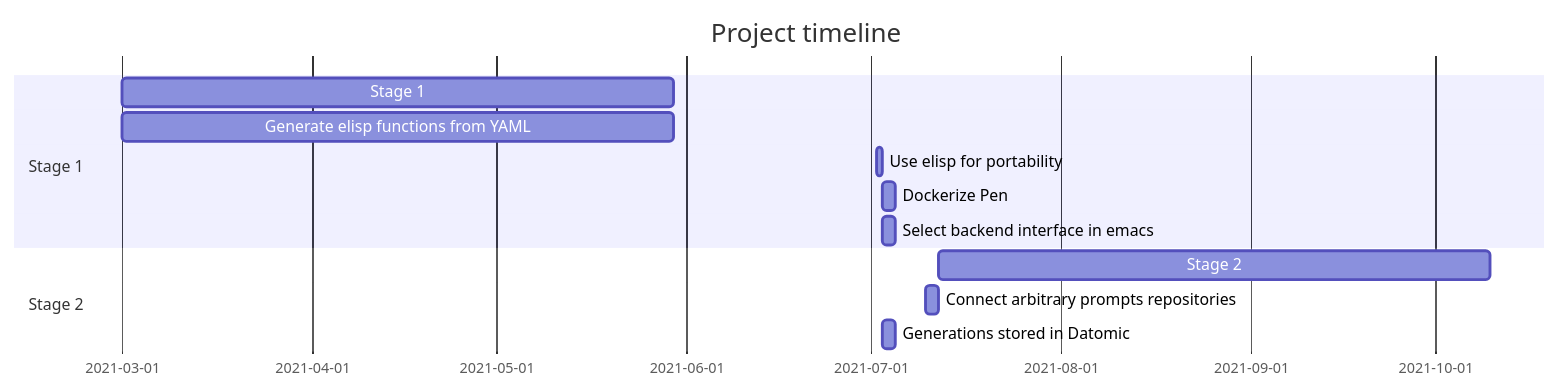
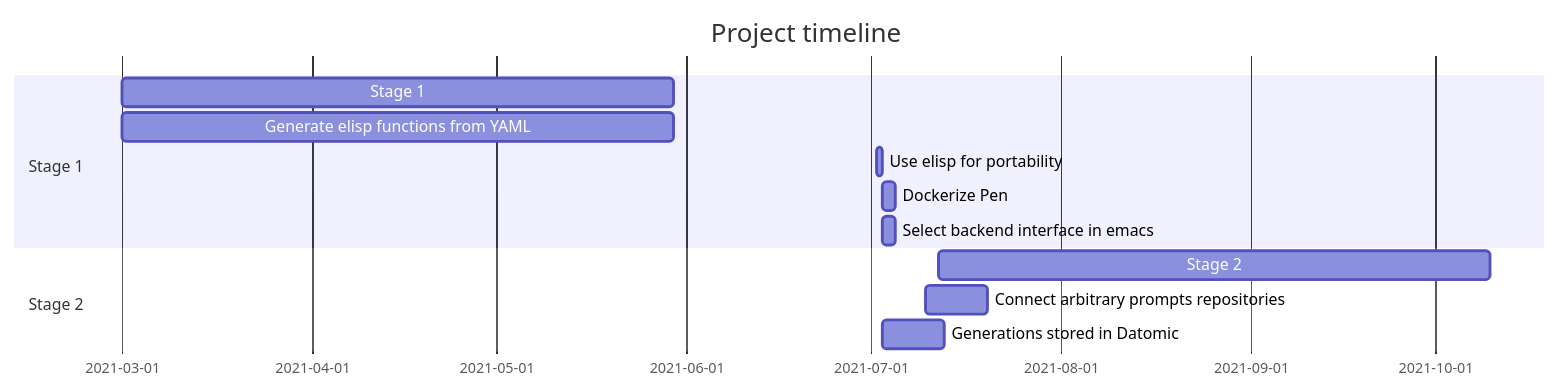
Before and after one commit to semiosis/pen.el: the diagram in docs/README.org, drawn with Mermaid.

Commit message:
Fri 02 Jul 2021 16:07:16

```diff
--- a/docs/README.org
+++ b/docs/README.org
@@ -19,16 +19,15 @@
 #+BEGIN_SRC mermaid :results raw :file project-timeline.png
 gantt
         title Project timeline
         dateFormat  YYYY-MM-DD
         section Stage 1
         Stage 1    :s1, 2021-03-01, 90d
         Generate elisp functions from YAML    :a1, 2021-03-01, 90d
         Use elisp for portability     :a2, 2021-07-02, 1d
         Dockerize Pen     :after a2  , 2d
         Select backend interface in emacs     :after a2  , 2d
         section Stage 2
         Stage 2   :s2, 2021-07-12, 90d
-        Connect arbitrary prompts repositories :b1, 2021-07-10, 2d
-        Generations stored in Datomic :after a2  , 2d
-        section Andrew
+        Connect arbitrary prompts repositories :b1, 2021-07-10, 10d
+        Generations stored in Datomic :after a2  , 10d
 #+END_SRC
```
